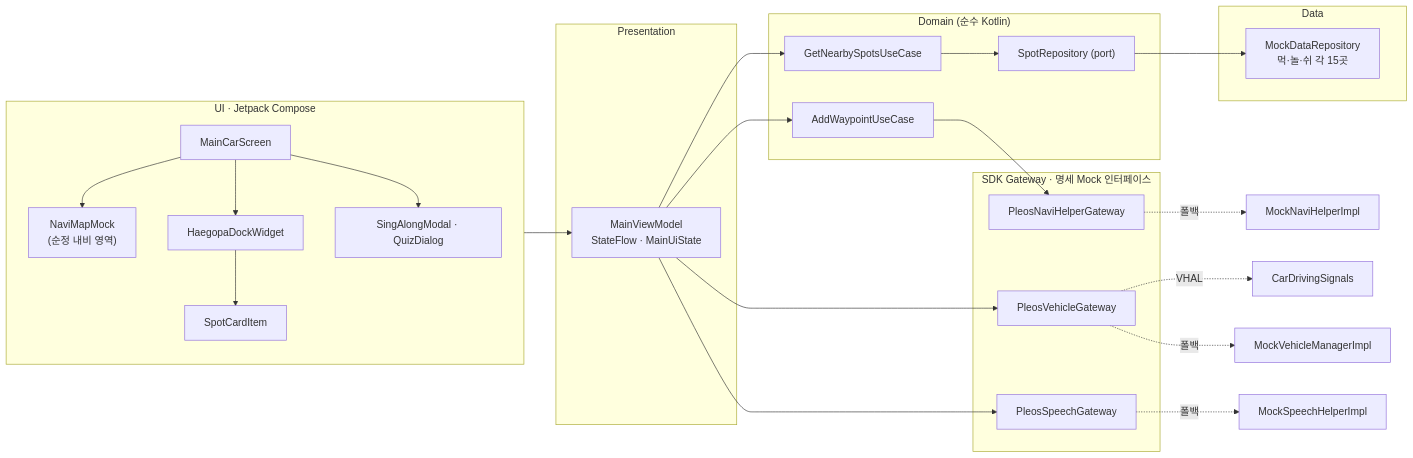
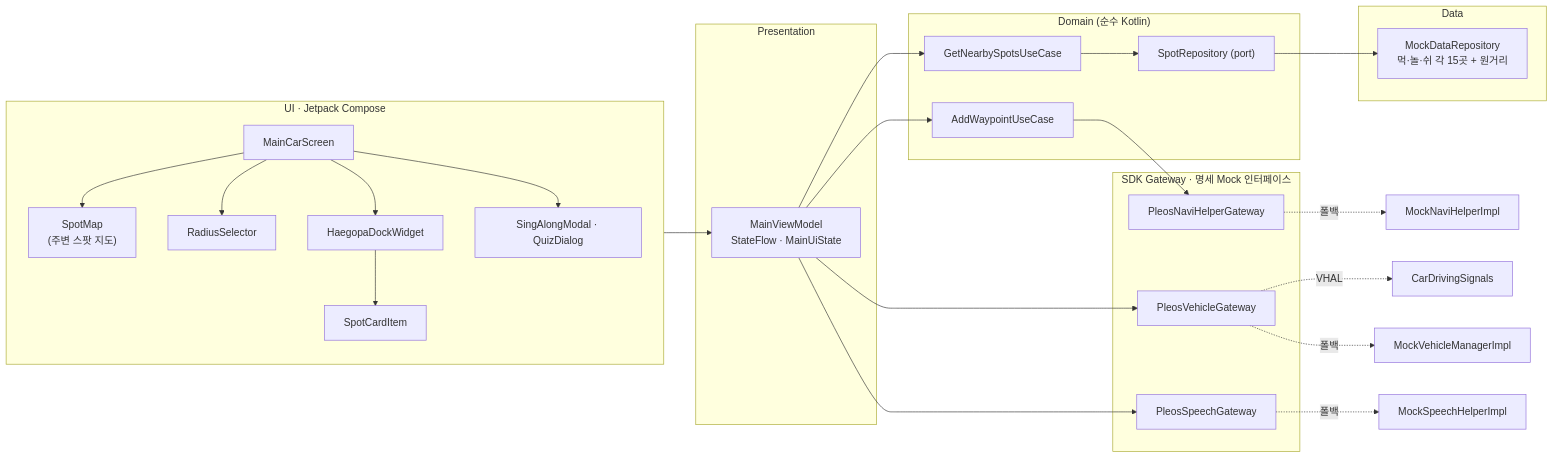
One commit to sorrybro2/HaeGoPa changed the diagram in README.md. Above: the diagram before and after it, drawn with Mermaid. The commit also changed other lines of this file and 8 other files, not shown here.

````diff
--- a/README.md
+++ b/README.md
@@ -217,33 +254,34 @@
 ```mermaid
 flowchart LR
     subgraph UI["UI · Jetpack Compose"]
-        S["MainCarScreen"] --> M["NaviMapMock<br/>(순정 내비 영역)"]
+        S["MainCarScreen"] --> M["SpotMap<br/>(주변 스팟 지도)"]
+        S --> R["RadiusSelector"]
         S --> D["HaegopaDockWidget"] --> C["SpotCardItem"]
         S --> K["SingAlongModal · QuizDialog"]
     end
     subgraph PR["Presentation"]
         VM["MainViewModel<br/>StateFlow · MainUiState"]
     end
     subgraph DO["Domain (순수 Kotlin)"]
         U1["GetNearbySpotsUseCase"]
         U2["AddWaypointUseCase"]
         RP["SpotRepository (port)"]
     end
     subgraph DA["Data"]
-        MD["MockDataRepository<br/>먹·놀·쉬 각 15곳"]
+        MD["MockDataRepository<br/>먹·놀·쉬 각 15곳 + 원거리"]
     end
     subgraph SDK["SDK Gateway · 명세 Mock 인터페이스"]
         NG["PleosNaviHelperGateway"]
         VG["PleosVehicleGateway"]
         SG["PleosSpeechGateway"]
     end
     UI --> VM
     VM --> U1 --> RP --> MD
     VM --> U2 --> NG
     VM --> VG
     VM --> SG
     NG -.->|폴백| N0["MockNaviHelperImpl"]
     VG -.->|VHAL| CAR["CarDrivingSignals"]
     VG -.->|폴백| V0["MockVehicleManagerImpl"]
     SG -.->|폴백| S0["MockSpeechHelperImpl"]
 ```
````
